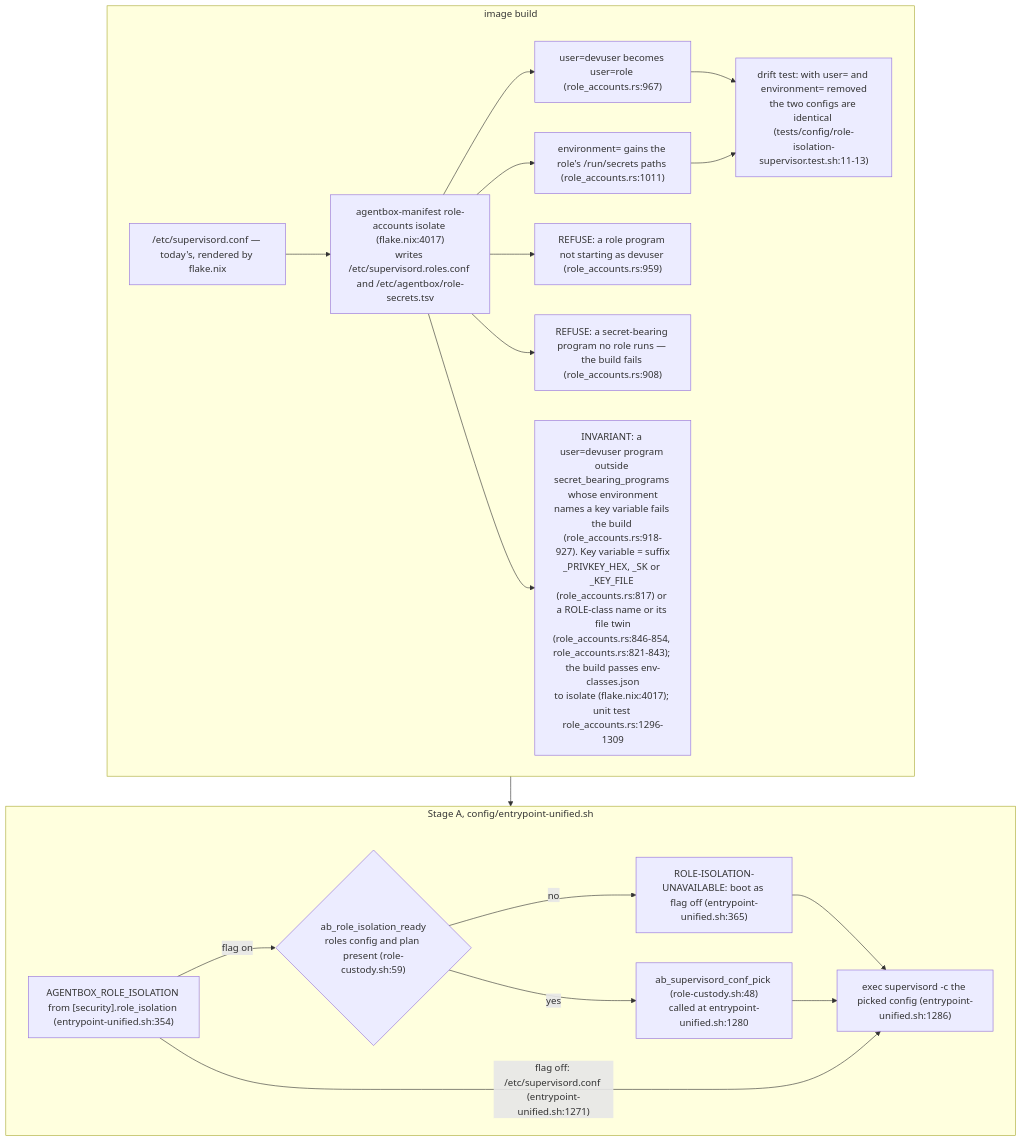
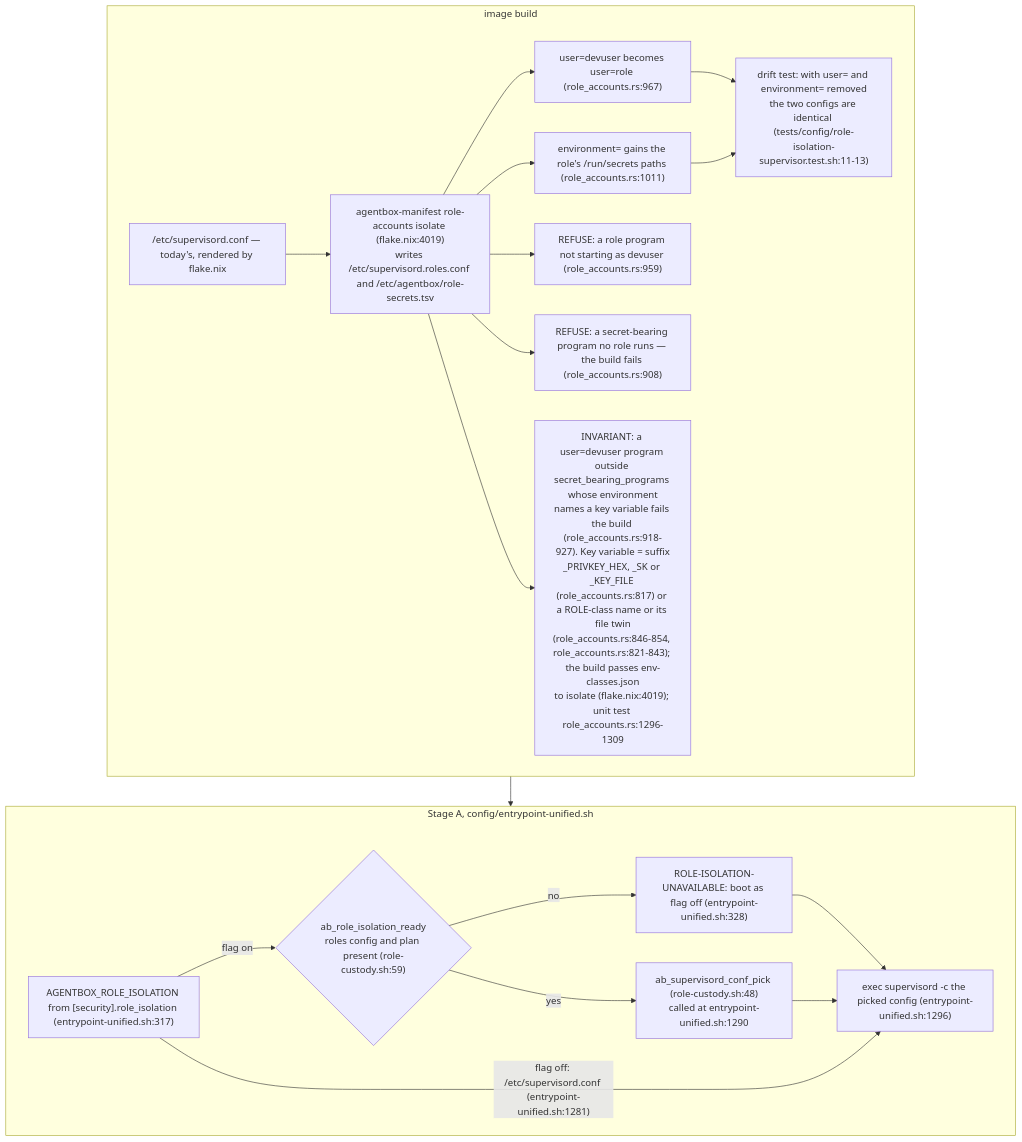
The second of 7 diagrams in docs/diagrams/agentbox/36-role-isolation-and-identity-port.md (DreamLab-AI/VisionFlow), drawn with Mermaid before and after one commit. The commit also changed other lines of this file and 173 other files, not shown here.

````diff
--- a/docs/diagrams/agentbox/36-role-isolation-and-identity-port.md
+++ b/docs/diagrams/agentbox/36-role-isolation-and-identity-port.md
@@ -86,28 +86,28 @@
 ```mermaid
 flowchart TB
     subgraph BUILD["image build"]
         TODAY["/etc/supervisord.conf — today's, rendered by flake.nix"]
-        ISO["agentbox-manifest role-accounts isolate (flake.nix:4017)<br/>writes /etc/supervisord.roles.conf and /etc/agentbox/role-secrets.tsv"]
+        ISO["agentbox-manifest role-accounts isolate (flake.nix:4019)<br/>writes /etc/supervisord.roles.conf and /etc/agentbox/role-secrets.tsv"]
         TODAY --> ISO
         ISO --> R1["user=devuser becomes user=role (role_accounts.rs:967)"]
         ISO --> R2["environment= gains the role's /run/secrets paths (role_accounts.rs:1011)"]
         ISO --> F1["REFUSE: a role program not starting as devuser (role_accounts.rs:959)"]
         ISO --> F2["REFUSE: a secret-bearing program no role runs — the build fails (role_accounts.rs:908)"]
-        ISO --> F3["INVARIANT: a user=devuser program outside secret_bearing_programs whose environment<br/>names a key variable fails the build (role_accounts.rs:918-927). Key variable = suffix<br/>_PRIVKEY_HEX, _SK or _KEY_FILE (role_accounts.rs:817) or a ROLE-class name or its file twin<br/>(role_accounts.rs:846-854, role_accounts.rs:821-843); the build passes env-classes.json<br/>to isolate (flake.nix:4017); unit test role_accounts.rs:1296-1309"]
+        ISO --> F3["INVARIANT: a user=devuser program outside secret_bearing_programs whose environment<br/>names a key variable fails the build (role_accounts.rs:918-927). Key variable = suffix<br/>_PRIVKEY_HEX, _SK or _KEY_FILE (role_accounts.rs:817) or a ROLE-class name or its file twin<br/>(role_accounts.rs:846-854, role_accounts.rs:821-843); the build passes env-classes.json<br/>to isolate (flake.nix:4019); unit test role_accounts.rs:1296-1309"]
         T["drift test: with user= and environment= removed<br/>the two configs are identical (tests/config/role-isolation-supervisor.test.sh:11-13)"]
         R1 --> T
         R2 --> T
     end
     subgraph BOOT["Stage A, config/entrypoint-unified.sh"]
-        FLAG["AGENTBOX_ROLE_ISOLATION from [security].role_isolation (entrypoint-unified.sh:354)"]
+        FLAG["AGENTBOX_ROLE_ISOLATION from [security].role_isolation (entrypoint-unified.sh:317)"]
         READY{"ab_role_isolation_ready<br/>roles config and plan present (role-custody.sh:59)"}
-        UN["ROLE-ISOLATION-UNAVAILABLE: boot as flag off (entrypoint-unified.sh:365)"]
-        PICK["ab_supervisord_conf_pick (role-custody.sh:48)<br/>called at entrypoint-unified.sh:1280"]
-        EXEC["exec supervisord -c the picked config (entrypoint-unified.sh:1286)"]
+        UN["ROLE-ISOLATION-UNAVAILABLE: boot as flag off (entrypoint-unified.sh:328)"]
+        PICK["ab_supervisord_conf_pick (role-custody.sh:48)<br/>called at entrypoint-unified.sh:1290"]
+        EXEC["exec supervisord -c the picked config (entrypoint-unified.sh:1296)"]
         FLAG -->|"flag on"| READY
         READY -->|"no"| UN --> EXEC
         READY -->|"yes"| PICK --> EXEC
-        FLAG -->|"flag off: /etc/supervisord.conf (entrypoint-unified.sh:1271)"| EXEC
+        FLAG -->|"flag off: /etc/supervisord.conf (entrypoint-unified.sh:1281)"| EXEC
     end
     BUILD --> BOOT
 ```
````
